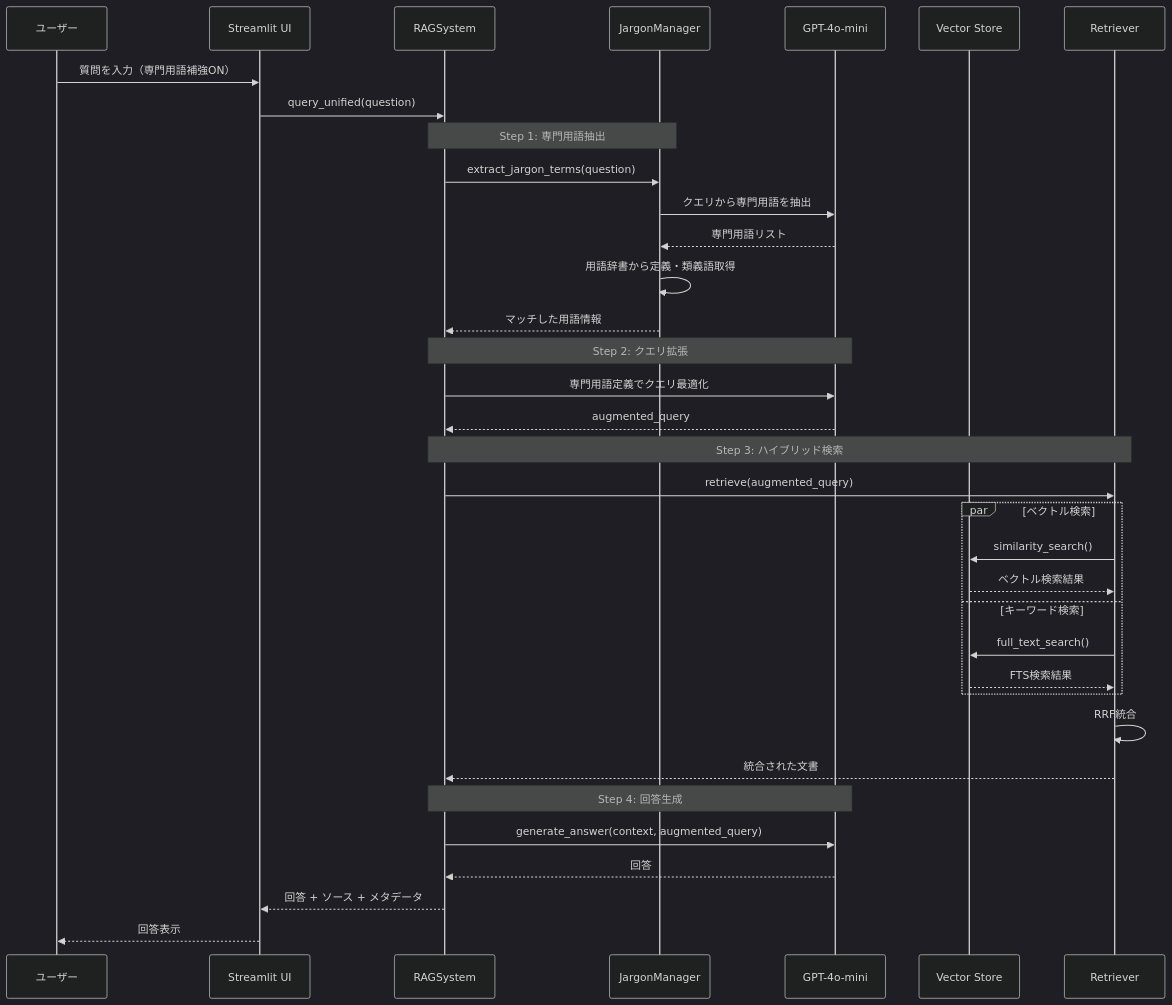
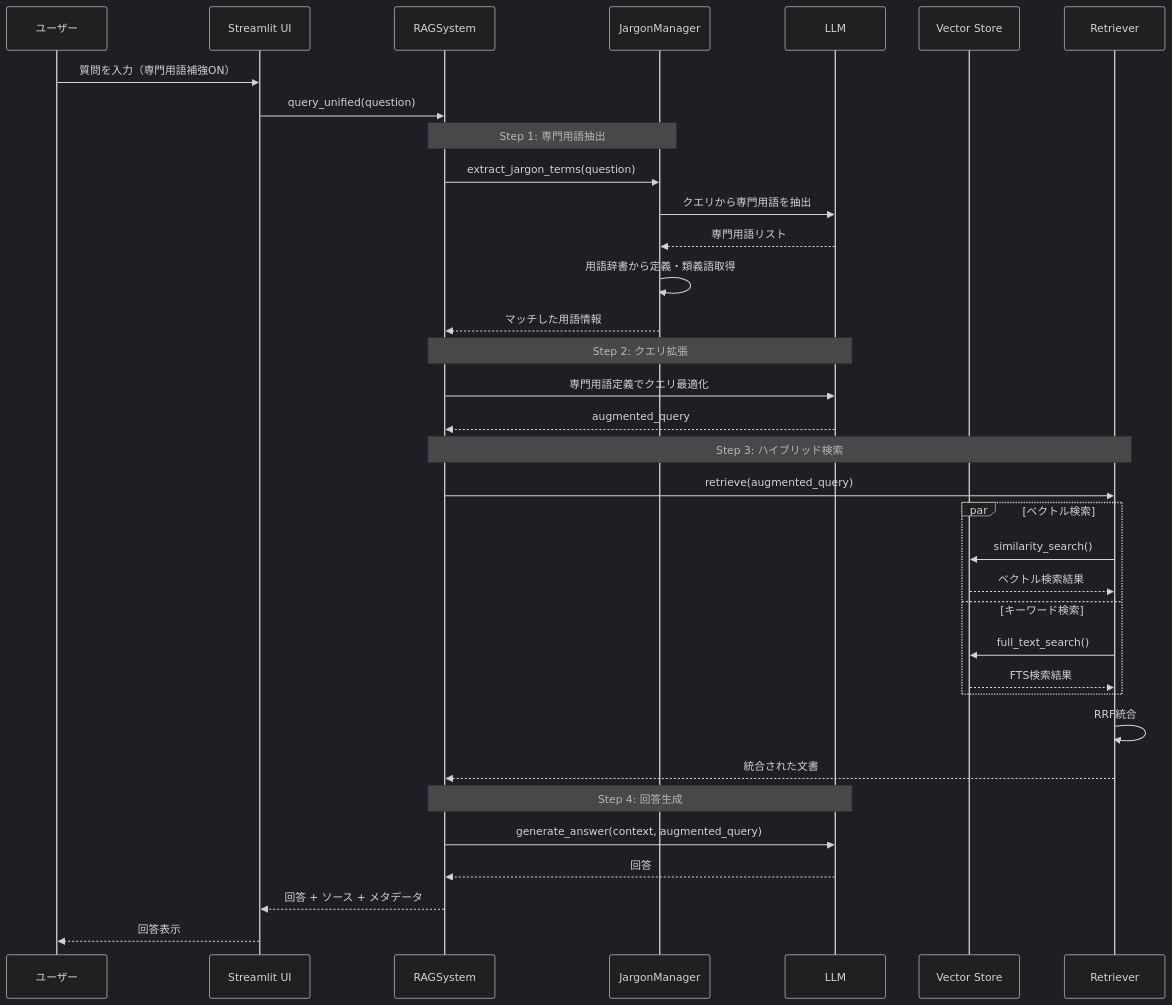
The second of 3 diagrams in README.md (uchi736/advancedrag_llm), drawn with Mermaid (dark theme) before and after one commit. The commit also changed other lines of this file and 1 other file, not shown here.

````diff
--- a/README.md
+++ b/README.md
@@ -103,43 +93,43 @@
 ```mermaid
 sequenceDiagram
     participant User as ユーザー
     participant UI as Streamlit UI
     participant RAG as RAGSystem
     participant JM as JargonManager
-    participant LLM as GPT-4o-mini
+    participant LLM as LLM
     participant VS as Vector Store
     participant Ret as Retriever
 
     User->>UI: 質問を入力（専門用語補強ON）
     UI->>RAG: query_unified(question)
 
     Note over RAG,JM: Step 1: 専門用語抽出
     RAG->>JM: extract_jargon_terms(question)
     JM->>LLM: クエリから専門用語を抽出
     LLM-->>JM: 専門用語リスト
     JM->>JM: 用語辞書から定義・類義語取得
     JM-->>RAG: マッチした用語情報
 
     Note over RAG,LLM: Step 2: クエリ拡張
     RAG->>LLM: 専門用語定義でクエリ最適化
     LLM-->>RAG: augmented_query
 
     Note over RAG,Ret: Step 3: ハイブリッド検索
     RAG->>Ret: retrieve(augmented_query)
     par ベクトル検索
         Ret->>VS: similarity_search()
         VS-->>Ret: ベクトル検索結果
     and キーワード検索
         Ret->>VS: full_text_search()
         VS-->>Ret: FTS検索結果
     end
     Ret->>Ret: RRF統合
     Ret-->>RAG: 統合された文書
 
     Note over RAG,LLM: Step 4: 回答生成
     RAG->>LLM: generate_answer(context, augmented_query)
     LLM-->>RAG: 回答
 
     RAG-->>UI: 回答 + ソース + メタデータ
     UI-->>User: 回答表示
 ```
````
